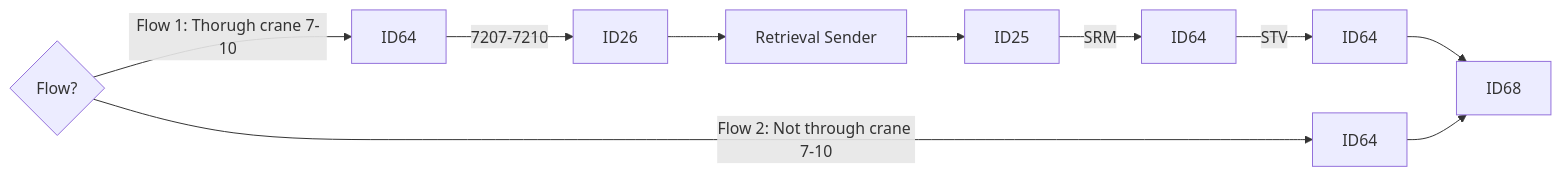
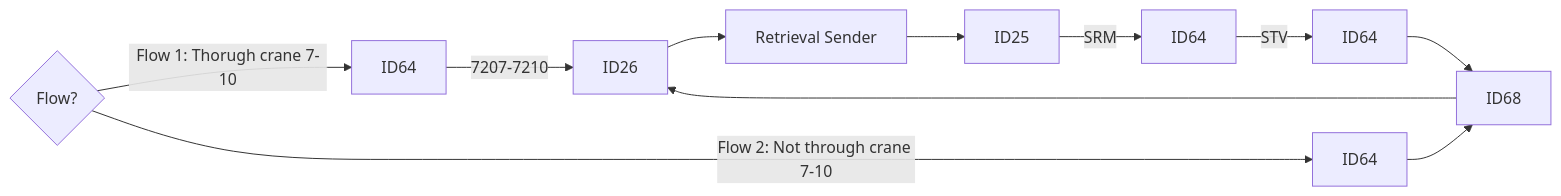
One commit to luthfiadityaa/SimeDarby-Wiki changed the second of 7 diagrams in Basic-Design/DFD-WMS/Retrieval/QC-Setting/Retrieval-for-QC-Start.md. Above: the diagram before and after it, drawn with Mermaid.

Commit message:
Updated Retrieval for QC Start

```diff
--- a/Basic-Design/DFD-WMS/Retrieval/QC-Setting/Retrieval-for-QC-Start.md
+++ b/Basic-Design/DFD-WMS/Retrieval/QC-Setting/Retrieval-for-QC-Start.md
@@ -17,8 +17,8 @@
 ::: mermaid
 flowchart LR
 
 Cond1{Flow?} 
 
 Cond1{Flow?}--> |Flow 1: Thorugh crane 7-10| P5[ID64]--> |7207-7210| P8[ID26]-->P9[Retrieval Sender]-->P10[ID25]--> |SRM| P11[ID64]--> |STV| P12[ID64]--> P7[ID68]
-Cond1{Flow?}--> |Flow 2: Not through crane 7-10| P6[ID64]--> P7[ID68]
+Cond1{Flow?}--> |Flow 2: Not through crane 7-10| P6[ID64]--> P7[ID68]--> P8[ID26]
 :::
```
